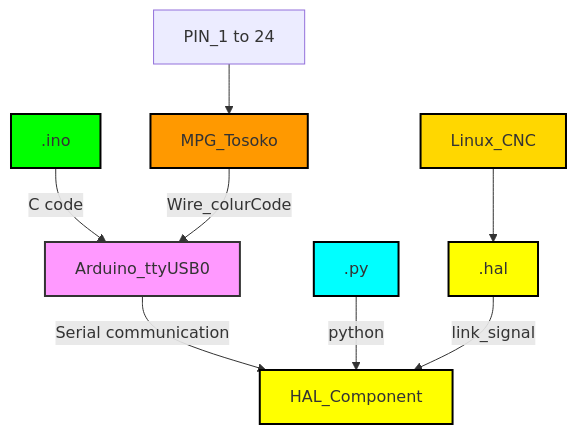
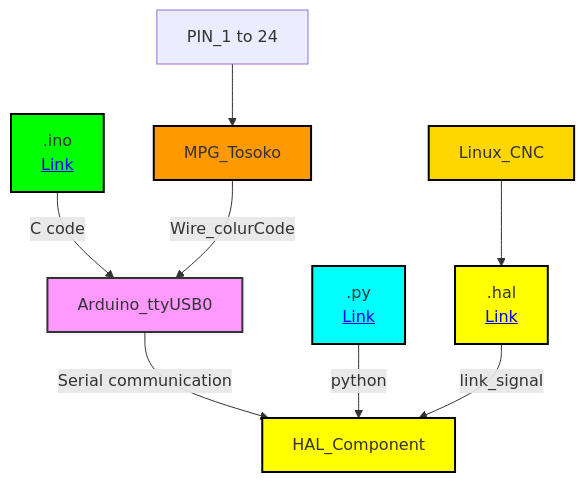
The diagram in README.md (Tpj-root/MPG_pendant), drawn with Mermaid before and after one commit. The commit also changed other lines of this file, not shown here.

````diff
--- a/README.md
+++ b/README.md
@@ -313,19 +316,19 @@
 ```mermaid
 graph TD;
     style A fill:#f9f,stroke:#333,stroke-width:2px;
     style B fill:#ff0,stroke:#000,stroke-width:2px;
     style C fill:#0f0,stroke:#000,stroke-width:2px;
     style D fill:#0ff,stroke:#000,stroke-width:2px;
     style E fill:#f90,stroke:#000,stroke-width:2px;
     style F fill:#ff0,stroke:#000,stroke-width:2px;
     style G fill:#FFD700,stroke:#000,stroke-width:2px;
     
     A[Arduino_ttyUSB0] --> |Serial communication| B[HAL_Component]
-    C[.ino]  --> |C code|A
-    D[.py]  --> |python| B
+    C[.ino<br><a href="/Setup/LinuxCNC_encoder_ALL_pinout/LinuxCNC_encoder_ALL_pinout.ino">Link</a>]  --> |C code|A
+    D[.py<br><a href="/Setup/LinuxCNC_encoder_ALL_pinout/arduino_All_ttyUSB0">Link</a>]  --> |python| B
     E[MPG_Tosoko] --> |Wire_colurCode|A
     Pin_1[PIN_1 to 24]  --> E
-    F[.hal] --> |link_signal|B
+    F[.hal<br><a href="/Setup/LinuxCNC_encoder_ALL_pinout/mpg.sh">Link</a>] --> |link_signal|B
     G[Linux_CNC] --> F
     
 ```
````
